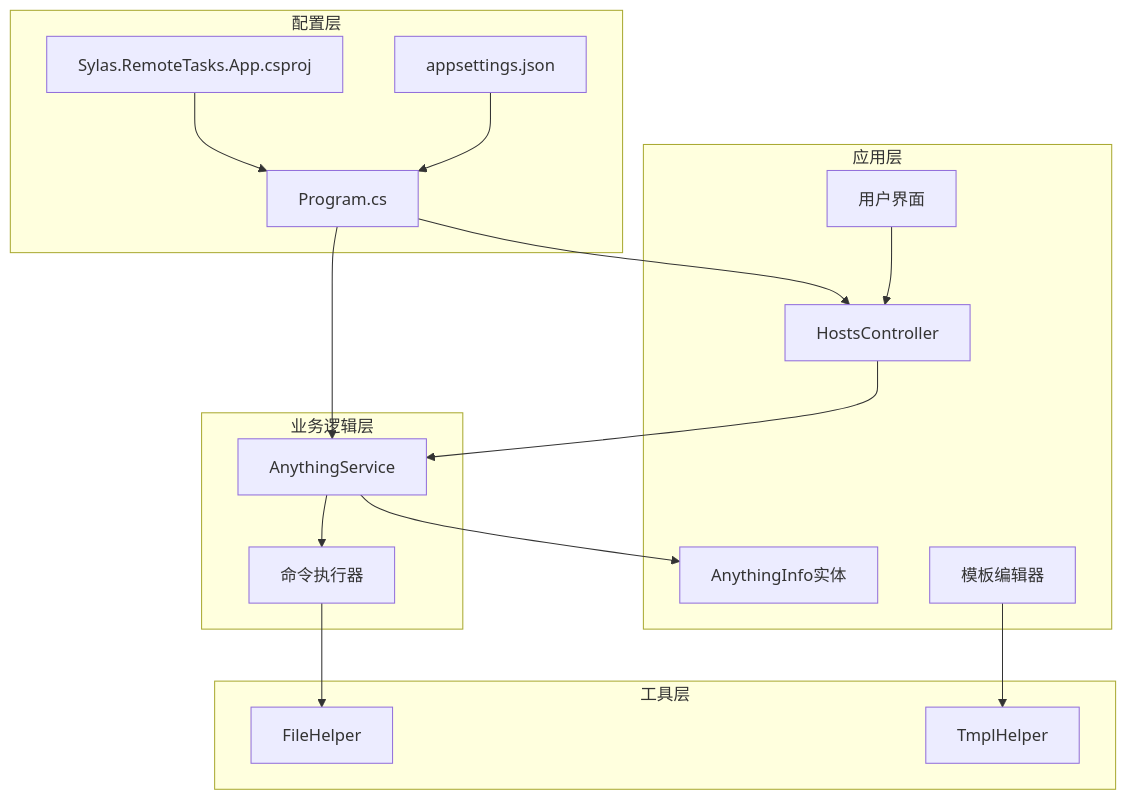
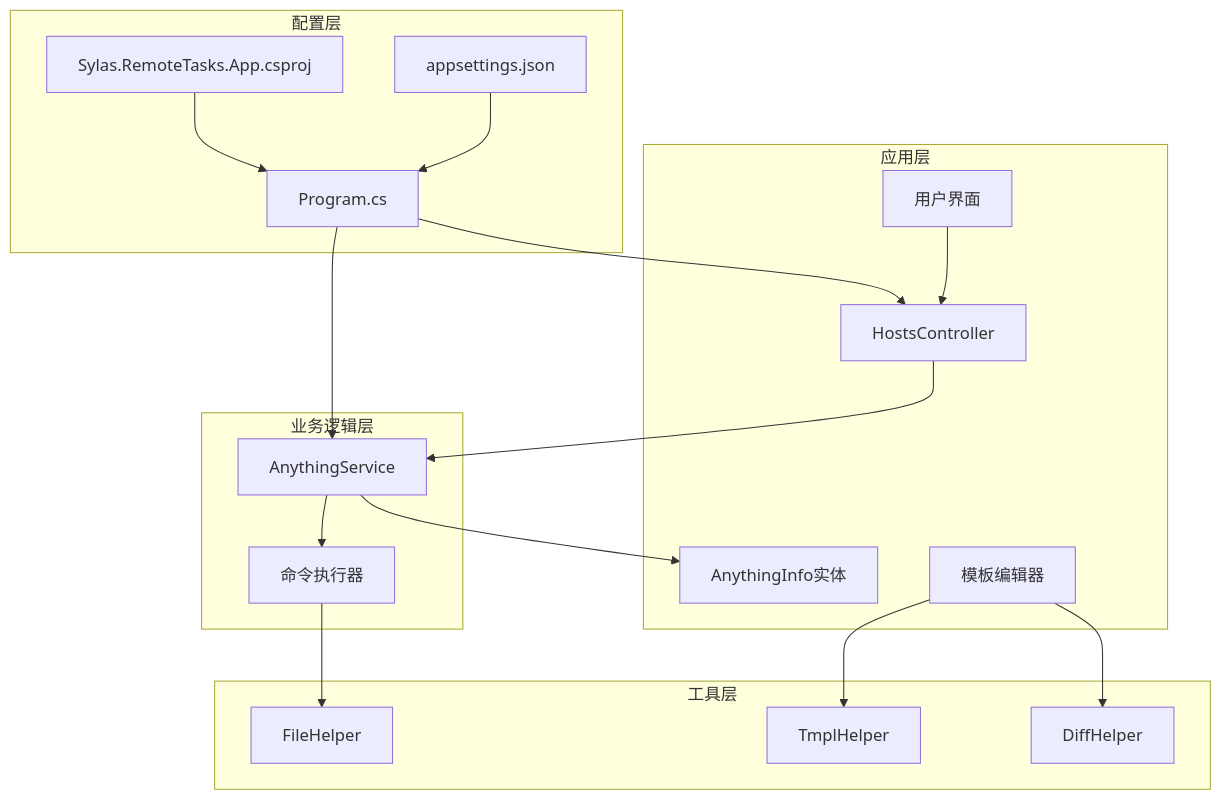
Before and after one commit to Sosososolong/AirGo: the eighth of 8 diagrams in .qoder/repowiki/zh/content/项目概述/核心特性/工具库系统/文件操作工具/可视化模板编辑器系统.md, drawn with Mermaid. The commit also changed other lines of this file and 12 other files, not shown here.

````diff
--- a/.qoder/repowiki/zh/content/项目概述/核心特性/工具库系统/文件操作工具/可视化模板编辑器系统.md
+++ b/.qoder/repowiki/zh/content/项目概述/核心特性/工具库系统/文件操作工具/可视化模板编辑器系统.md
@@ -392,32 +510,34 @@
 ```mermaid
 graph TB
 subgraph "应用层"
 HostsController[HostsController]
 AnythingInfo[AnythingInfo实体]
 TemplateEditor[模板编辑器]
 EndUserInterface[用户界面]
 end
 subgraph "业务逻辑层"
 AnythingService[AnythingService]
 CommandExecutor[命令执行器]
 end
 subgraph "工具层"
 FileHelper[FileHelper]
 TmplHelper[TmplHelper]
+DiffHelper[DiffHelper]
 end
 subgraph "配置层"
 Program[Program.cs]
 AppSettings[appsettings.json]
 ProjectFile[Sylas.RemoteTasks.App.csproj]
 end
 HostsController --> AnythingService
 AnythingService --> AnythingInfo
 AnythingService --> CommandExecutor
 CommandExecutor --> FileHelper
 TemplateEditor --> TmplHelper
+TemplateEditor --> DiffHelper
 EndUserInterface --> HostsController
 Program --> HostsController
 Program --> AnythingService
 AppSettings --> Program
 ProjectFile --> Program
 ```
````
